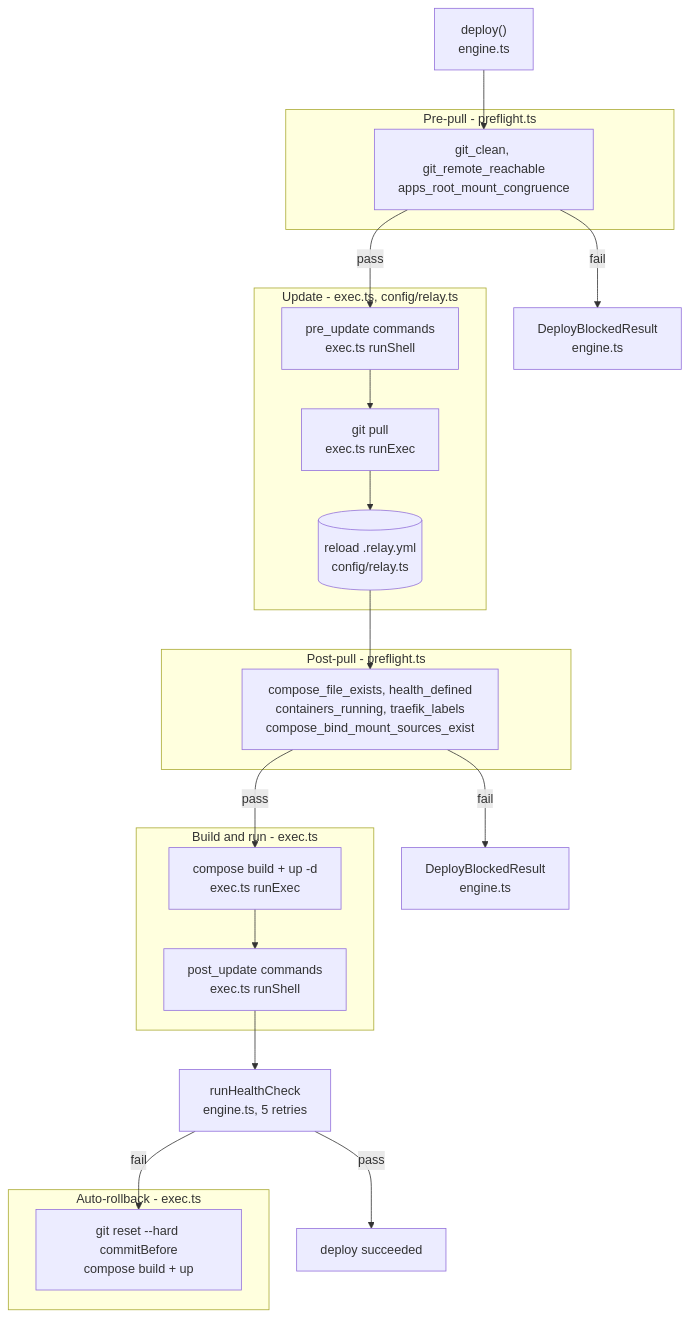
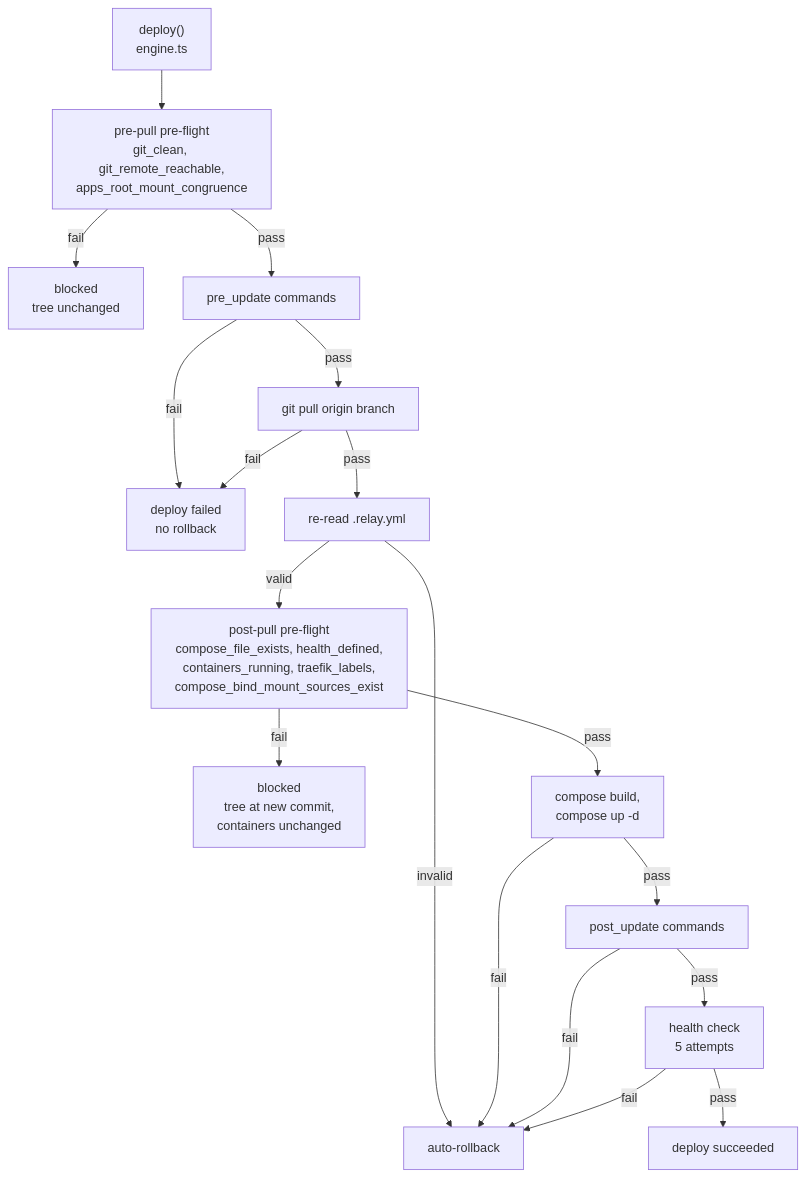
Before and after one commit to LanNguyenSi/agent-relay: the second of 3 diagrams in docs/operations.md, drawn with Mermaid. The commit also changed other lines of this file and 14 other files, not shown here.

````diff
--- a/docs/operations.md
+++ b/docs/operations.md
@@ -205,39 +245,20 @@
 ```mermaid
 flowchart TD
-    A["deploy()<br/>engine.ts"] --> B
-
-    subgraph PRE["Pre-pull - preflight.ts"]
-        B["git_clean, git_remote_reachable<br/>apps_root_mount_congruence"]
-    end
-
-    B -- "fail" --> BLK["DeployBlockedResult<br/>engine.ts"]
-    B -- "pass" --> D
-
-    subgraph UPD["Update - exec.ts, config/relay.ts"]
-        D["pre_update commands<br/>exec.ts runShell"]
-        D --> E["git pull<br/>exec.ts runExec"]
-        E --> F[("reload .relay.yml<br/>config/relay.ts")]
-    end
-
-    F --> G
-
-    subgraph POST["Post-pull - preflight.ts"]
-        G["compose_file_exists, health_defined<br/>containers_running, traefik_labels<br/>compose_bind_mount_sources_exist"]
-    end
-
-    G -- "fail" --> BLK2["DeployBlockedResult<br/>engine.ts"]
-    G -- "pass" --> H
-
-    subgraph BUILD["Build and run - exec.ts"]
-        H["compose build + up -d<br/>exec.ts runExec"]
-        H --> P["post_update commands<br/>exec.ts runShell"]
-    end
-
-    P --> J["runHealthCheck<br/>engine.ts, 5 retries"]
+    A["deploy()<br/>engine.ts"] --> B["pre-pull pre-flight<br/>git_clean, git_remote_reachable,<br/>apps_root_mount_congruence"]
+    B -- "fail" --> BLK["blocked<br/>tree unchanged"]
+    B -- "pass" --> D["pre_update commands"]
+    D -- "fail" --> FAIL["deploy failed<br/>no rollback"]
+    D -- "pass" --> E["git pull origin branch"]
+    E -- "fail" --> FAIL
+    E -- "pass" --> F["re-read .relay.yml"]
+    F -- "invalid" --> RB["auto-rollback"]
+    F -- "valid" --> G["post-pull pre-flight<br/>compose_file_exists, health_defined,<br/>containers_running, traefik_labels,<br/>compose_bind_mount_sources_exist"]
+    G -- "fail" --> BLK2["blocked<br/>tree at new commit,<br/>containers unchanged"]
+    G -- "pass" --> H["compose build,<br/>compose up -d"]
+    H -- "fail" --> RB
+    H -- "pass" --> P["post_update commands"]
+    P -- "fail" --> RB
+    P -- "pass" --> J["health check<br/>5 attempts"]
     J -- "pass" --> SUC["deploy succeeded"]
-    J -- "fail" --> RBK
-
-    subgraph ROLL["Auto-rollback - exec.ts"]
-        RBK["git reset --hard commitBefore<br/>compose build + up"]
-    end
+    J -- "fail" --> RB
 ```
````
